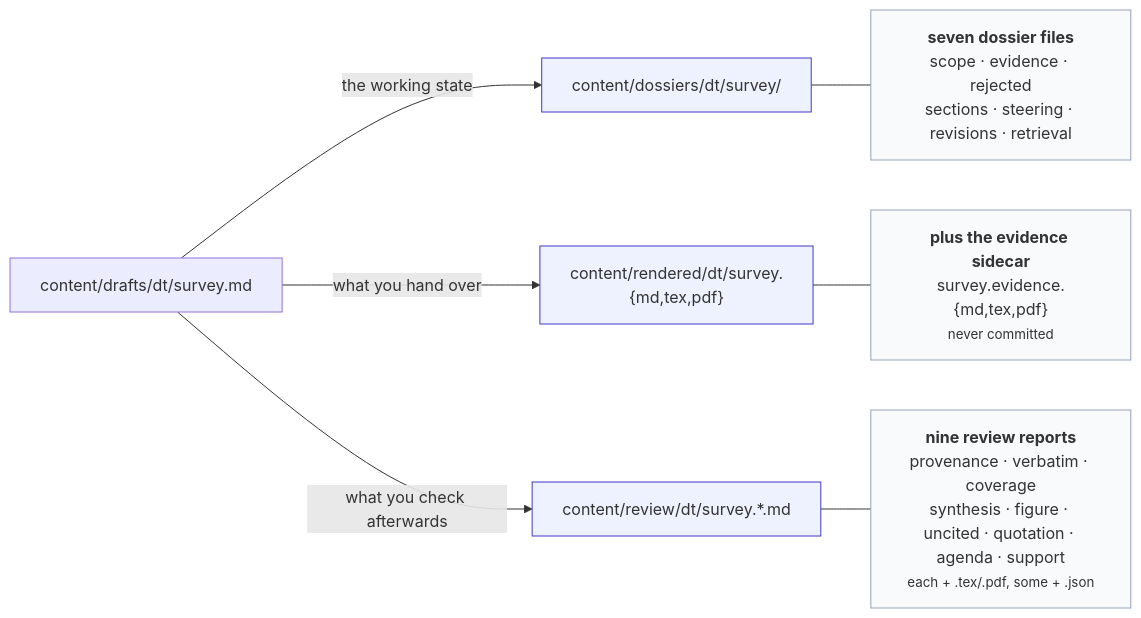
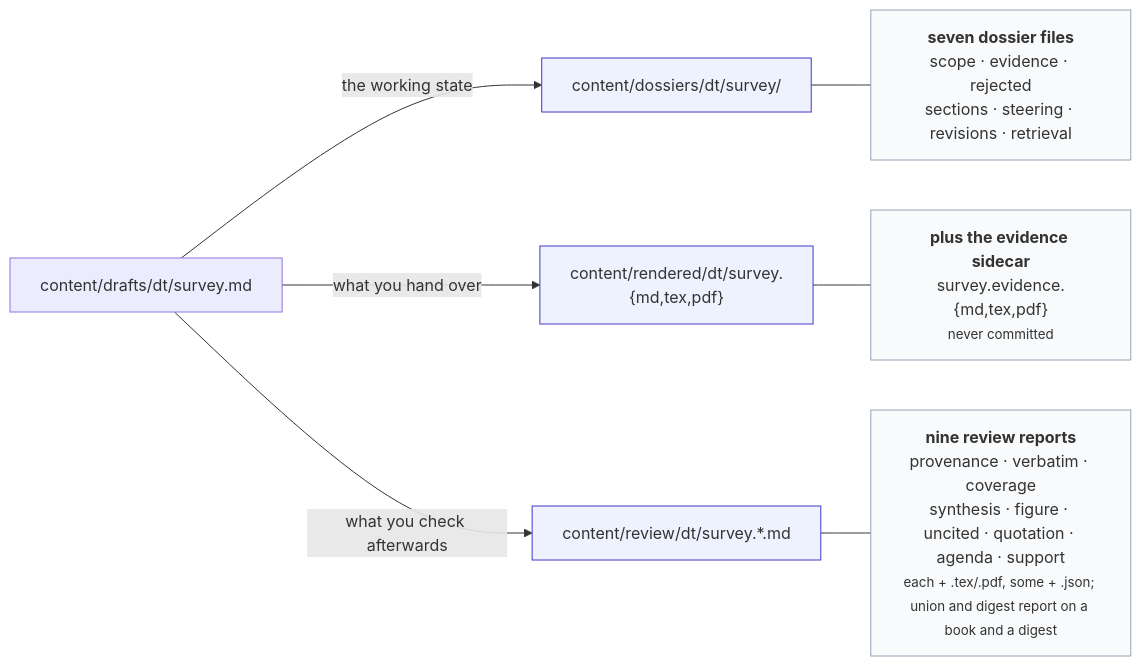
One commit to prasadtalasila/chitragupta changed the third of 3 diagrams in docs/FEATURES.md. Above: the diagram before and after it, drawn with Mermaid. The commit also changed other lines of this file and 278 other files, not shown here.

First line of the commit message:
Bring the docs up to date and explain every figure check rule

````diff
--- a/docs/FEATURES.md
+++ b/docs/FEATURES.md
@@ -247,22 +245,22 @@
 ```mermaid
 flowchart LR
   DR["content/drafts/dt/survey.md"]
   DO["content/dossiers/dt/survey/"]
   RE["content/rendered/dt/survey.{md,tex,pdf}"]
   RV["content/review/dt/survey.*.md"]
 
   DR -->|"the working state"| DO
   DR -->|"what you hand over"| RE
   DR -->|"what you check afterwards"| RV
 
   DO --- N["<b>seven dossier files</b><br/>scope · evidence · rejected<br/>sections · steering · revisions · retrieval"]
   RE --- M["<b>plus the evidence sidecar</b><br/>survey.evidence.{md,tex,pdf}<br/><small>never committed</small>"]
-  RV --- P["<b>nine review reports</b><br/>provenance · verbatim · coverage<br/>synthesis · figure · uncited · quotation · agenda · support<br/><small>each + .tex/.pdf, some + .json</small>"]
+  RV --- P["<b>nine review reports</b><br/>provenance · verbatim · coverage<br/>synthesis · figure · uncited · quotation · agenda · support<br/><small>each + .tex/.pdf, some + .json; union and digest report on a book and a digest</small>"]
 
   style DO fill:#eef2ff,stroke:#4338ca
   style RE fill:#eef2ff,stroke:#4338ca
   style RV fill:#eef2ff,stroke:#4338ca
   style N fill:#f8fafc,stroke:#94a3b8
   style M fill:#f8fafc,stroke:#94a3b8
   style P fill:#f8fafc,stroke:#94a3b8
 ```
````
